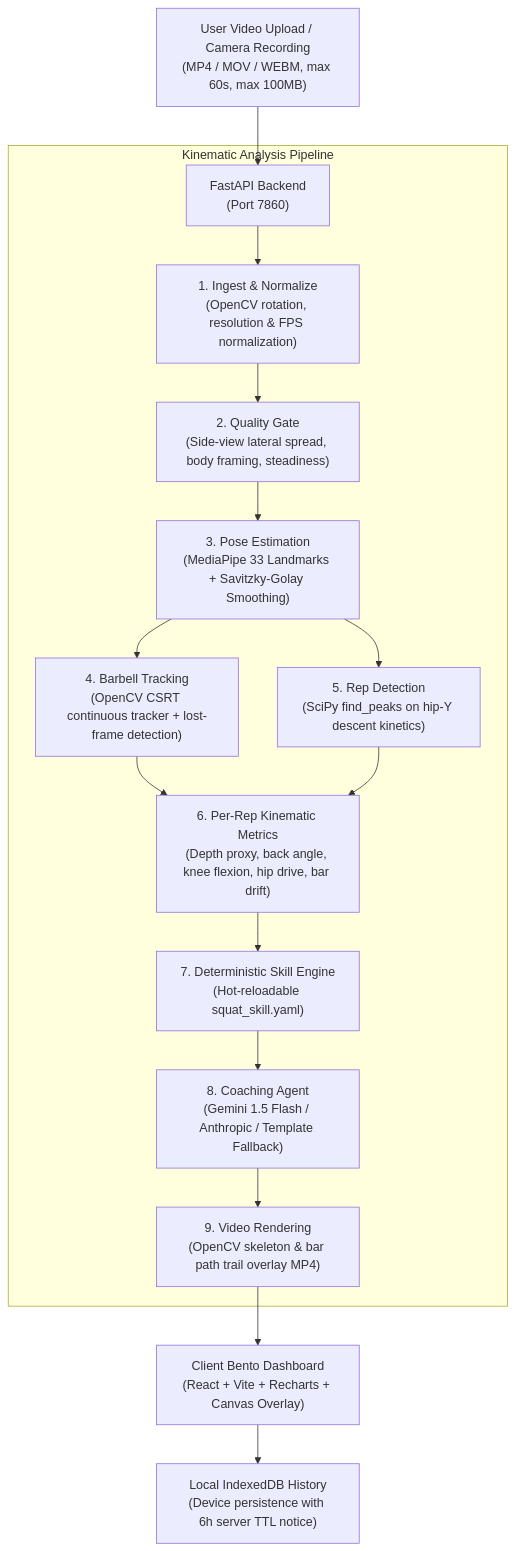
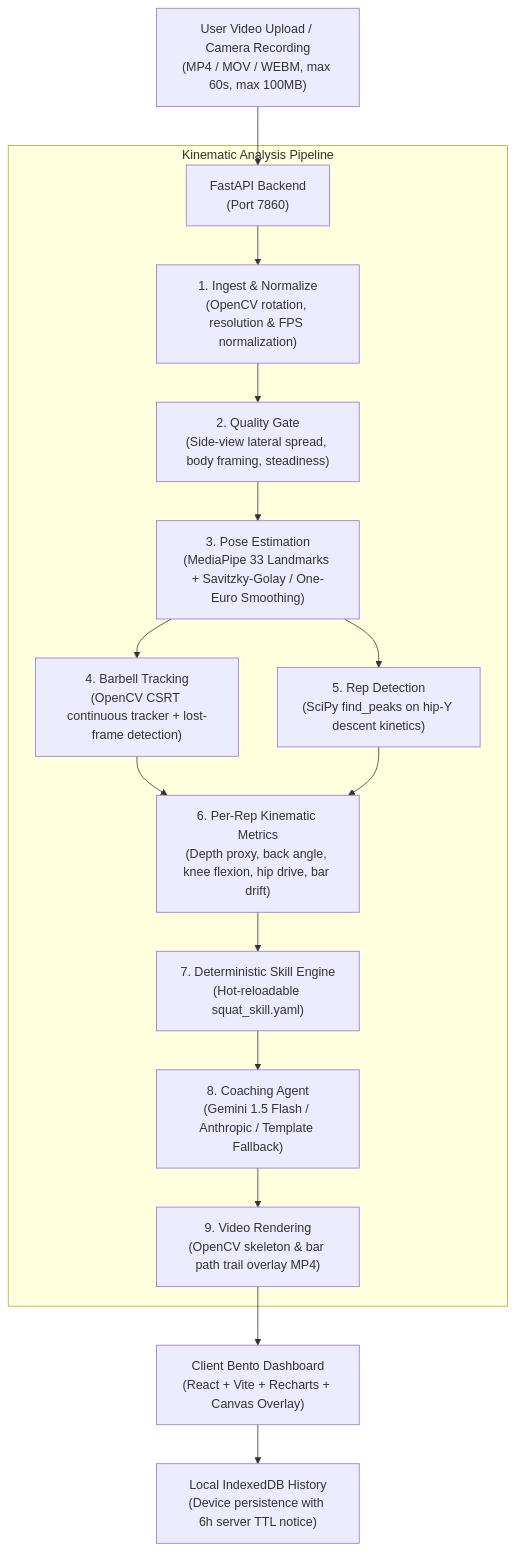
Before and after one commit to cmg633/forge-squat-analyzer: the diagram in README.md, drawn with Mermaid. The commit also changed other lines of this file and 76 other files, not shown here.

````diff
--- a/README.md
+++ b/README.md
@@ -48,19 +78,19 @@
 ```mermaid
 flowchart TD
     A["User Video Upload / Camera Recording\n(MP4 / MOV / WEBM, max 60s, max 100MB)"] --> B["FastAPI Backend\n(Port 7860)"]
     
     subgraph Pipeline ["Kinematic Analysis Pipeline"]
         B --> C["1. Ingest & Normalize\n(OpenCV rotation, resolution & FPS normalization)"]
         C --> D["2. Quality Gate\n(Side-view lateral spread, body framing, steadiness)"]
-        D --> E["3. Pose Estimation\n(MediaPipe 33 Landmarks + Savitzky-Golay Smoothing)"]
+        D --> E["3. Pose Estimation\n(MediaPipe 33 Landmarks + Savitzky-Golay / One-Euro Smoothing)"]
         E --> F["4. Barbell Tracking\n(OpenCV CSRT continuous tracker + lost-frame detection)"]
         E --> G["5. Rep Detection\n(SciPy find_peaks on hip-Y descent kinetics)"]
         F & G --> H["6. Per-Rep Kinematic Metrics\n(Depth proxy, back angle, knee flexion, hip drive, bar drift)"]
         H --> I["7. Deterministic Skill Engine\n(Hot-reloadable squat_skill.yaml)"]
         I --> J["8. Coaching Agent\n(Gemini 1.5 Flash / Anthropic / Template Fallback)"]
         J --> K["9. Video Rendering\n(OpenCV skeleton & bar path trail overlay MP4)"]
     end
     
     K --> L["Client Bento Dashboard\n(React + Vite + Recharts + Canvas Overlay)"]
     L --> M["Local IndexedDB History\n(Device persistence with 6h server TTL notice)"]
 ```
````
